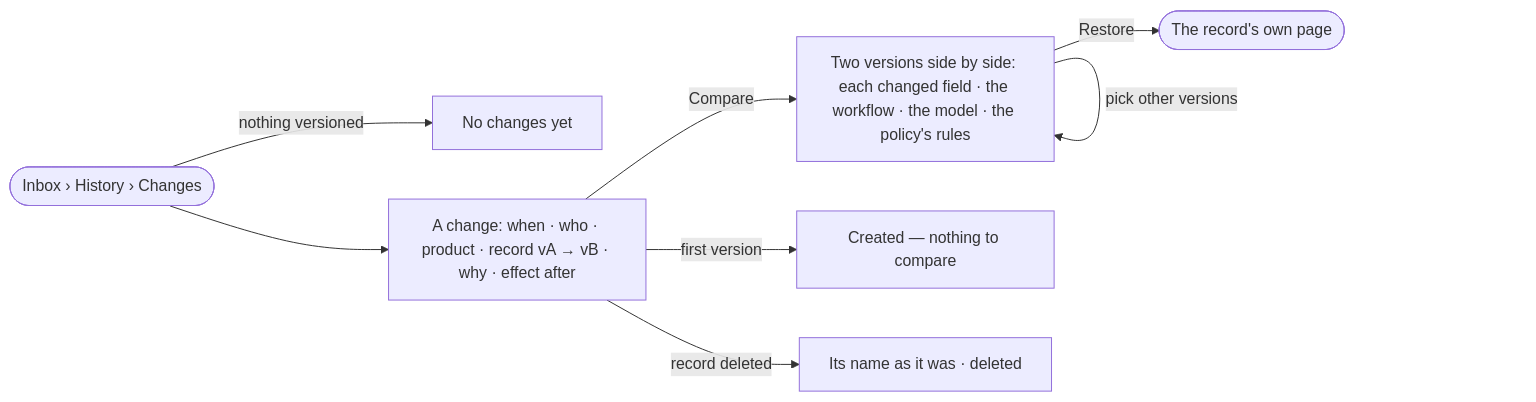
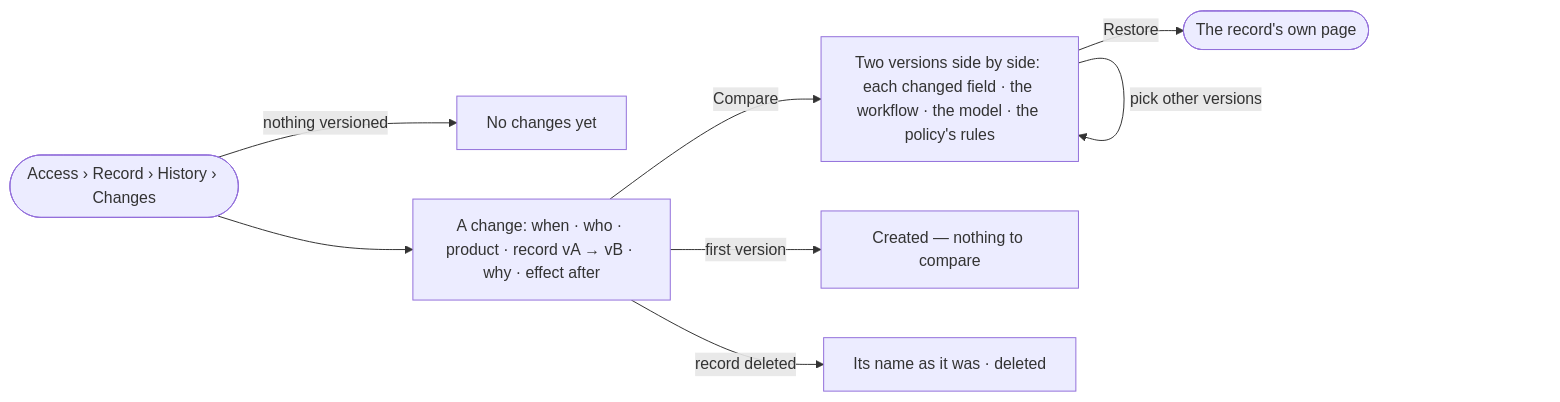
The diagram in specs/os/access/features/AC-F06-history/stories/AC-17-see-every-change-and-compare-two-versions/story.md (invana/invana), drawn with Mermaid before and after one commit. The commit also changed other lines of this file and 456 other files, not shown here.

````diff
--- a/specs/os/access/features/AC-F06-history/stories/AC-17-see-every-change-and-compare-two-versions/story.md
+++ b/specs/os/access/features/AC-F06-history/stories/AC-17-see-every-change-and-compare-two-versions/story.md
@@ -27,10 +27,10 @@
 ```mermaid
 flowchart LR
-  s([Inbox › History › Changes]) -->|nothing versioned| e["No changes yet"]
+  s([Access › Record › History › Changes]) -->|nothing versioned| e["No changes yet"]
   s --> c["A change: when · who · product · record vA → vB · why · effect after"]
   c -->|Compare| cmp["Two versions side by side: each changed field · the workflow · the model · the policy's rules"]
   cmp -->|pick other versions| cmp
   c -->|first version| one["Created — nothing to compare"]
   c -->|record deleted| del["Its name as it was · deleted"]
   cmp -->|Restore| own(["The record's own page"])
 ```
````
